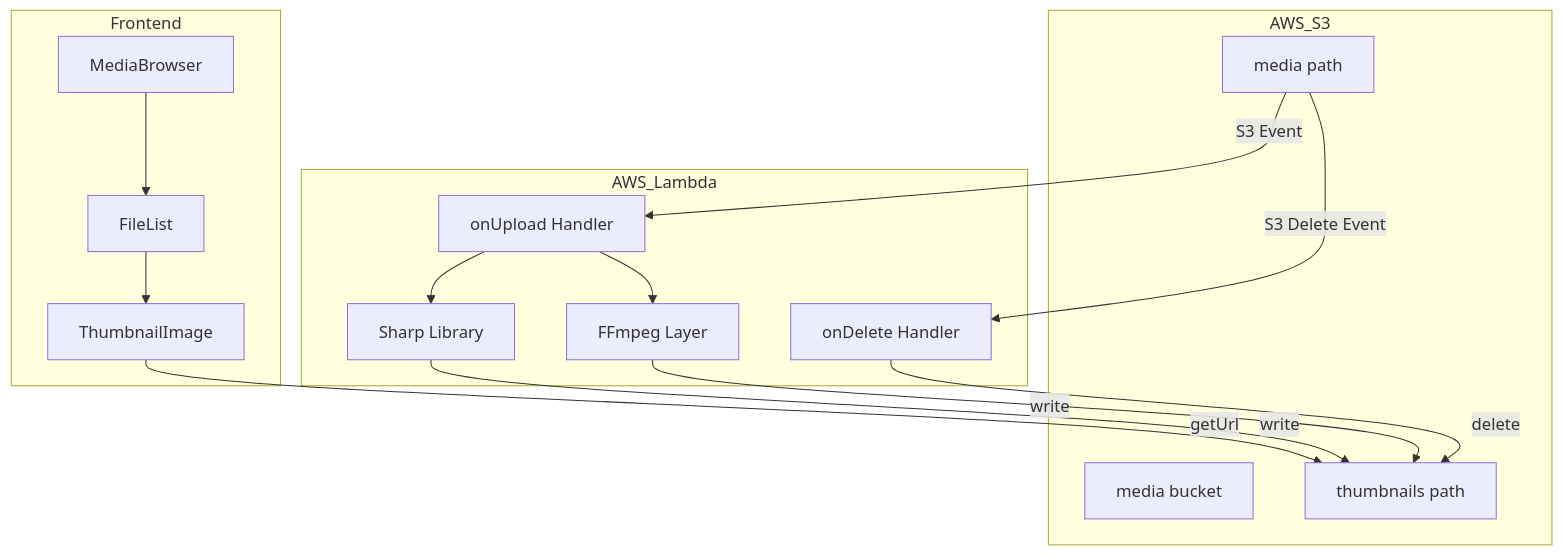
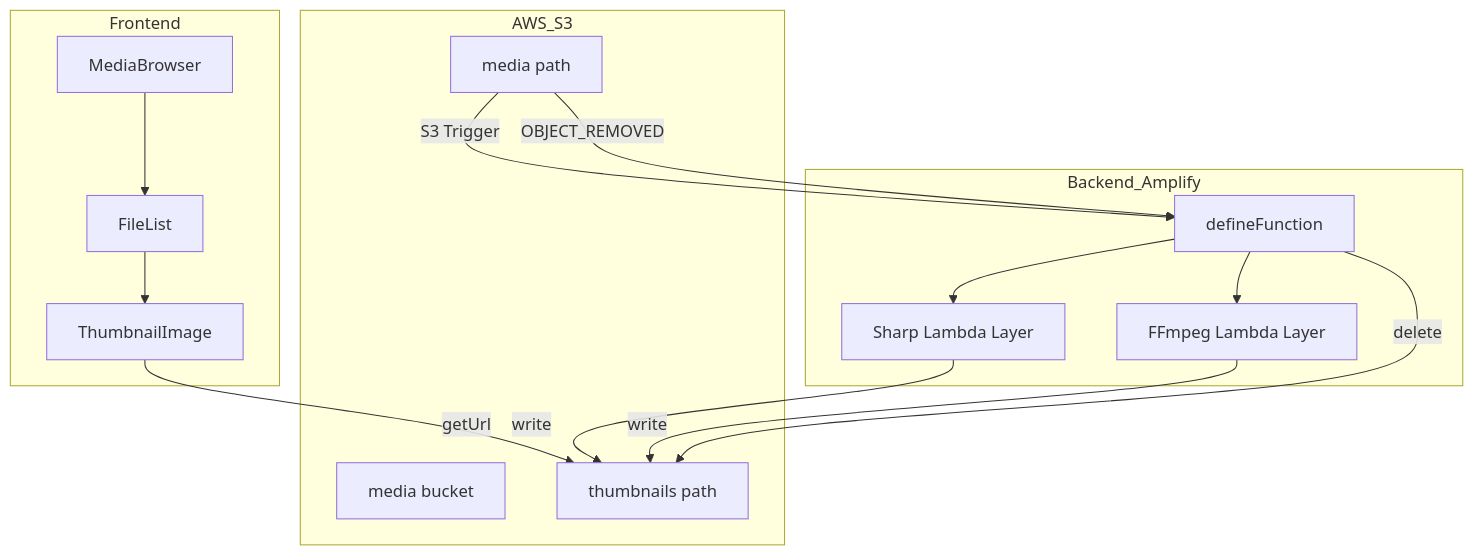
The first of 3 diagrams in .kiro/specs/s3-media-browser-phase3/design.md (sonodar/aws-s3-media-browser), drawn with Mermaid before and after one commit. The commit also changed other lines of this file and 2 other files, not shown here.

First line of the commit message:
docs: 技術設計を Lambda Layer + defineFunction 方式に変更

````diff
--- a/.kiro/specs/s3-media-browser-phase3/design.md
+++ b/.kiro/specs/s3-media-browser-phase3/design.md
@@ -36,34 +37,33 @@
 ```mermaid
 graph TB
     subgraph Frontend
         MB[MediaBrowser]
         FL[FileList]
         TH[ThumbnailImage]
     end
 
-    subgraph AWS_Lambda
-        UH[onUpload Handler]
-        DH[onDelete Handler]
-        Sharp[Sharp Library]
-        FFmpeg[FFmpeg Layer]
+    subgraph Backend_Amplify
+        DF[defineFunction]
+        SharpLayer[Sharp Lambda Layer]
+        FFmpegLayer[FFmpeg Lambda Layer]
     end
 
     subgraph AWS_S3
         MediaBucket[media bucket]
         ThumbPath[thumbnails path]
         OrigPath[media path]
     end
 
     MB --> FL
     FL --> TH
     TH -->|getUrl| ThumbPath
 
-    OrigPath -->|S3 Event| UH
-    UH --> Sharp
-    UH --> FFmpeg
-    Sharp -->|write| ThumbPath
-    FFmpeg -->|write| ThumbPath
+    OrigPath -->|S3 Trigger| DF
+    DF --> SharpLayer
+    DF --> FFmpegLayer
+    SharpLayer -->|write| ThumbPath
+    FFmpegLayer -->|write| ThumbPath
 
-    OrigPath -->|S3 Delete Event| DH
-    DH -->|delete| ThumbPath
+    OrigPath -->|OBJECT_REMOVED| DF
+    DF -->|delete| ThumbPath
 ```
````
